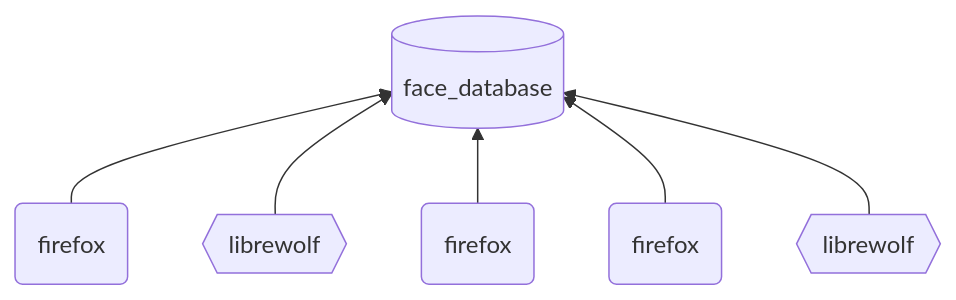
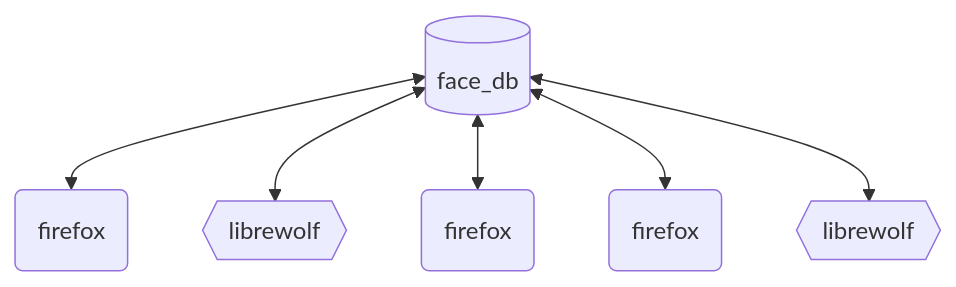
One commit to 198thread/lineup changed the third of 3 diagrams in README.md. Above: the diagram before and after it, drawn with Mermaid. The commit also changed other lines of this file, not shown here.

Commit message:
Update README.md
updated mermaid diagram styles and annotations

````diff
--- a/README.md
+++ b/README.md
@@ -40,8 +36,8 @@
 ```mermaid
 graph BT;
-    B(firefox) --> A[(face_database)]
-    C{{librewolf}} --> A
-    D(firefox) --> A
-    E(firefox) --> A
-    F{{librewolf}} --> A
+    B(firefox) <--> A[(face_db)]
+    C{{librewolf}} <--> A
+    D(firefox) <--> A
+    E(firefox) <--> A
+    F{{librewolf}} <--> A
 ```
````
